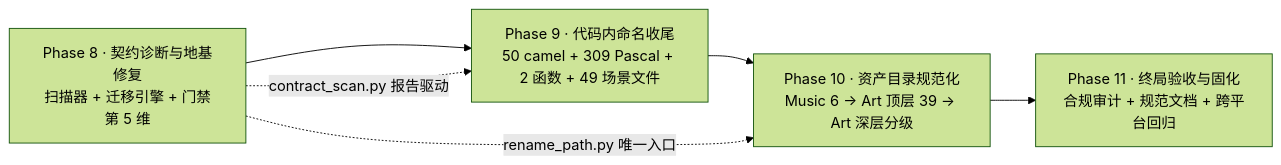
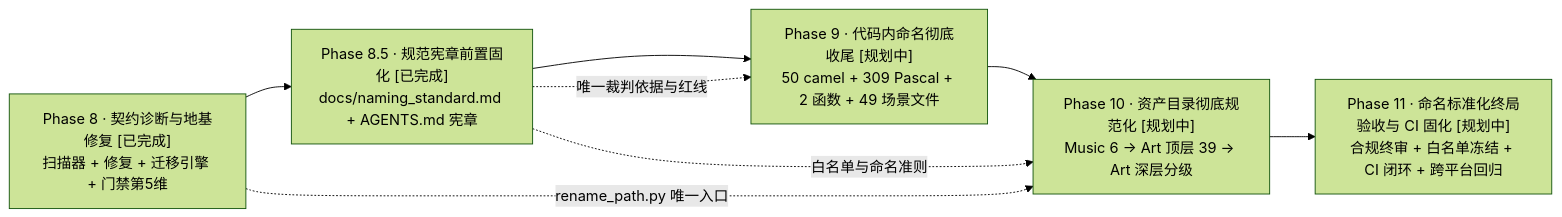
One commit to 0xnayuta/ZMXYBHYH changed the second of 2 diagrams in docs/roadmap.md. Above: the diagram before and after it, drawn with Mermaid (forest theme). The commit also changed other lines of this file and 4 other files, not shown here.

First line of the commit message:
docs: 交付全工程命名规范与契约白皮书并在 AGENTS 与路线图中固化

````diff
--- a/docs/roadmap.md
+++ b/docs/roadmap.md
@@ -600,9 +609,10 @@
 ```mermaid
 flowchart LR
-    P8["Phase 8 · 契约诊断与地基修复<br/>扫描器 + 迁移引擎 + 门禁第 5 维"] --> P9
-    P9["Phase 9 · 代码内命名收尾<br/>50 camel + 309 Pascal + 2 函数 + 49 场景文件"] --> P10
-    P10["Phase 10 · 资产目录规范化<br/>Music 6 → Art 顶层 39 → Art 深层分级"] --> P11
-    P11["Phase 11 · 终局验收与固化<br/>合规审计 + 规范文档 + 跨平台回归"]
-    P8 -.->|"contract_scan.py 报告驱动"| P9
+    P8["Phase 8 · 契约诊断与地基修复 [已完成]<br/>扫描器 + 修复 + 迁移引擎 + 门禁第5维"] --> P85["Phase 8.5 · 规范宪章前置固化 [已完成]<br/>docs/naming_standard.md + AGENTS.md 宪章"]
+    P85 --> P9["Phase 9 · 代码内命名彻底收尾 [规划中]<br/>50 camel + 309 Pascal + 2 函数 + 49 场景文件"]
+    P9 --> P10["Phase 10 · 资产目录彻底规范化 [规划中]<br/>Music 6 → Art 顶层 39 → Art 深层分级"]
+    P10 --> P11["Phase 11 · 命名标准化终局验收与 CI 固化 [规划中]<br/>合规终审 + 白名单冻结 + CI 闭环 + 跨平台回归"]
+    P85 -.->|"唯一裁判依据与红线"| P9
+    P85 -.->|"白名单与命名准则"| P10
     P8 -.->|"rename_path.py 唯一入口"| P10
 ```
````
